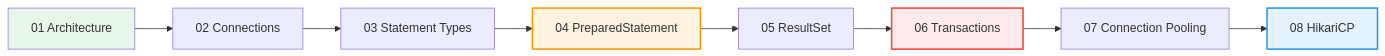
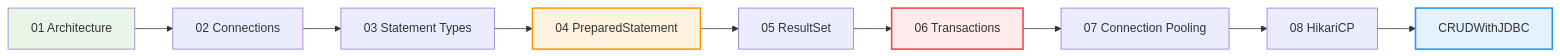
The diagram in 03-jdbc/01-jdbc-fundamentals/README.md (sivanagaraju/java_springboot), drawn with Mermaid before and after one commit. The commit also changed other lines of this file and 198 other files, not shown here.

````diff
--- a/03-jdbc/01-jdbc-fundamentals/README.md
+++ b/03-jdbc/01-jdbc-fundamentals/README.md
@@ -8,15 +13,16 @@
 ```mermaid
 flowchart LR
     A[01 Architecture] --> B[02 Connections]
     B --> C[03 Statement Types]
     C --> D[04 PreparedStatement]
     D --> E[05 ResultSet]
     E --> F[06 Transactions]
     F --> G[07 Connection Pooling]
     G --> H[08 HikariCP]
+    H --> I[CRUDWithJDBC]
 
     style A fill:#e8f5e9
     style D fill:#fff3e0,stroke:#ff9800,stroke-width:2px
     style F fill:#ffebee,stroke:#f44336,stroke-width:2px
-    style H fill:#e3f2fd,stroke:#2196f3,stroke-width:2px
+    style I fill:#e3f2fd,stroke:#2196f3,stroke-width:2px
 ```
````
